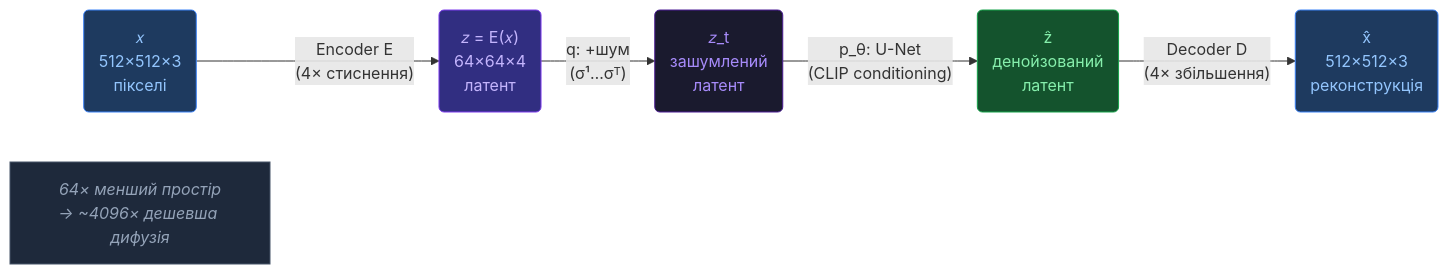
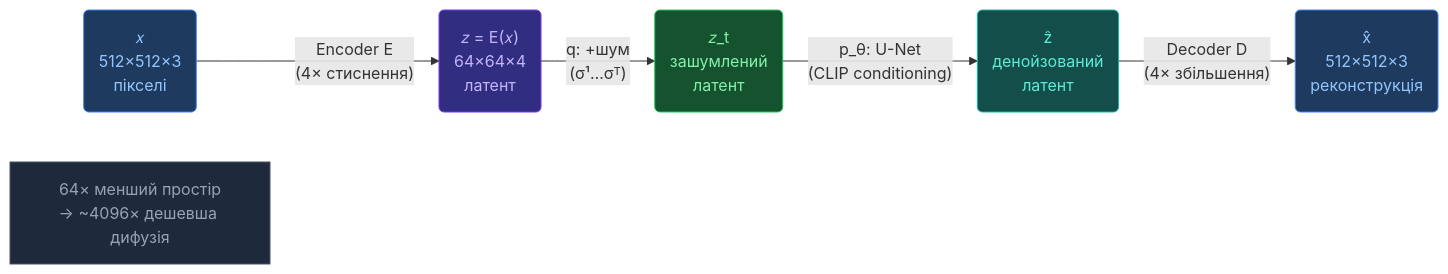
One commit to OlehVolkov/AlphaFold3-AIGen-KnowledgeBase changed the third of 8 diagrams in UA/1. AlphaFold3/1.2. Архітектура/1.2.4. Дифузійні моделі — теорія та застосування.md. Above: the diagram before and after it, drawn with Mermaid. The commit also changed other lines of this file and 33 other files, not shown here.

Commit message:
Linting and fixes in diagrams

````diff
--- a/UA/1. AlphaFold3/1.2. Архітектура/1.2.4. Дифузійні моделі — теорія та застосування.md
+++ b/UA/1. AlphaFold3/1.2. Архітектура/1.2.4. Дифузійні моделі — теорія та застосування.md
@@ -135,21 +134,22 @@
 ```mermaid
 flowchart LR
-    x("𝑥<br/>512×512×3<br/>пікселі"):::pixel
-    z("𝑧 = E(𝑥)<br/>64×64×4<br/>латент"):::latent
-    zt("𝑧_t<br/>зашумлений<br/>латент"):::noisy
-    zh("ẑ<br/>денойзований<br/>латент"):::denoised
-    xh("x̂<br/>512×512×3<br/>реконструкція"):::pixel
+    x("𝑥<br/>512×512×3<br/>пікселі"):::input
+    z("𝑧 = E(𝑥)<br/>64×64×4<br/>латент"):::trunk
+    zt("𝑧_t<br/>зашумлений<br/>латент"):::diffusion
+    zh("ẑ<br/>денойзований<br/>латент"):::output
+    xh("x̂<br/>512×512×3<br/>реконструкція"):::input
 
     x -- "Encoder E<br/>(4× стиснення)" --> z
     z -- "q: +шум<br/>(σ¹…σᵀ)" --> zt
     zt -- "p_θ: U-Net<br/>(CLIP conditioning)" --> zh
     zh -- "Decoder D<br/>(4× збільшення)" --> xh
 
-    note["64× менший простір<br/>→ ~4096× дешевша дифузія"]:::note
+    note["64× менший простір<br/>→ ~4096× дешевша дифузія"]:::neutral
 
-    classDef pixel    fill:#1e3a5f,stroke:#3b82f6,color:#93c5fd
-    classDef latent   fill:#312e81,stroke:#7c3aed,color:#c4b5fd
-    classDef noisy    fill:#1a1a2e,stroke:#4c1d95,color:#a78bfa
-    classDef denoised fill:#14532d,stroke:#16a34a,color:#86efac
-    classDef note     fill:#1e293b,stroke:#475569,color:#94a3b8,font-style:italic
+    classDef input fill:#1e3a5f,stroke:#3b82f6,color:#93c5fd
+    classDef trunk fill:#312e81,stroke:#7c3aed,color:#c4b5fd
+    classDef diffusion fill:#14532d,stroke:#22c55e,color:#86efac
+    classDef confidence fill:#7c2d12,stroke:#ea580c,color:#fdba74
+    classDef output fill:#134e4a,stroke:#14b8a6,color:#5eead4
+    classDef neutral fill:#1e293b,stroke:#475569,color:#94a3b8
 ```
````
